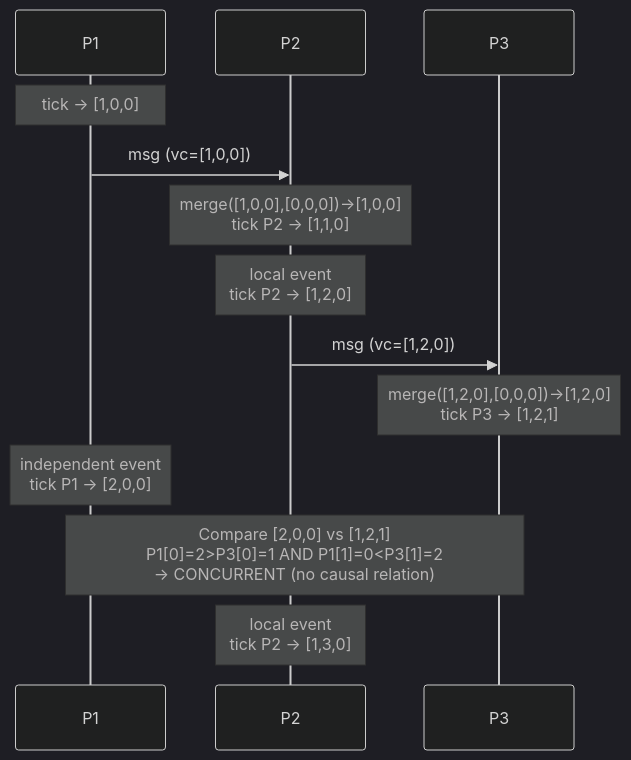
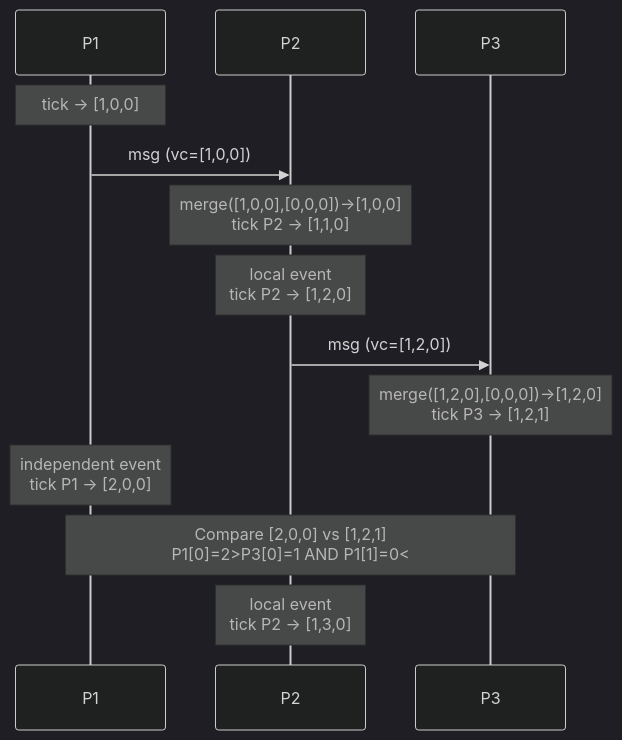
The diagram in docs/distributed-systems/Distributed Systems - L4 Vector Clocks.md (shivakrishnak/sk-int), drawn with Mermaid (dark theme) before and after one commit. The commit also changed other lines of this file and 892 other files, not shown here.

````diff
--- a/docs/distributed-systems/Distributed Systems - L4 Vector Clocks.md
+++ b/docs/distributed-systems/Distributed Systems - L4 Vector Clocks.md
@@ -557,16 +563,16 @@
 ```mermaid
 sequenceDiagram
     participant P1
     participant P2
     participant P3
 
     Note over P1: tick → [1,0,0]
     P1->>P2: msg (vc=[1,0,0])
     Note over P2: merge([1,0,0],[0,0,0])→[1,0,0]<br/>tick P2 → [1,1,0]
     Note over P2: local event<br/>tick P2 → [1,2,0]
     P2->>P3: msg (vc=[1,2,0])
     Note over P3: merge([1,2,0],[0,0,0])→[1,2,0]<br/>tick P3 → [1,2,1]
     Note over P1: independent event<br/>tick P1 → [2,0,0]
-    Note over P1,P3: Compare [2,0,0] vs [1,2,1]<br/>P1[0]=2>P3[0]=1 AND P1[1]=0<P3[1]=2<br/>→ CONCURRENT (no causal relation)
+    Note over P1,P3: Compare [2,0,0] vs [1,2,1]<br/>P1[0]=2>P3[0]=1 AND P1[1]=0<
     Note over P2: local event<br/>tick P2 → [1,3,0]
 ```
````
